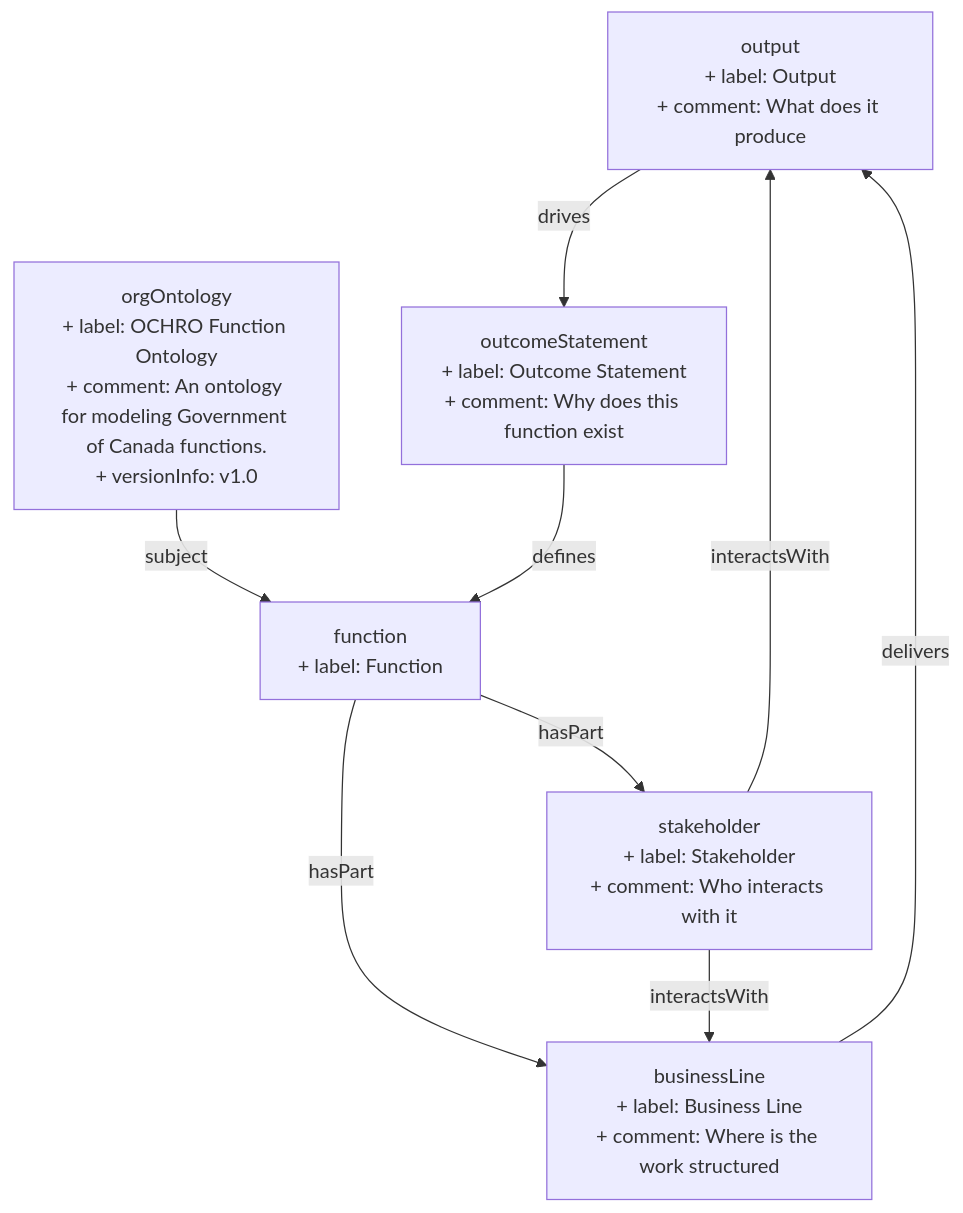
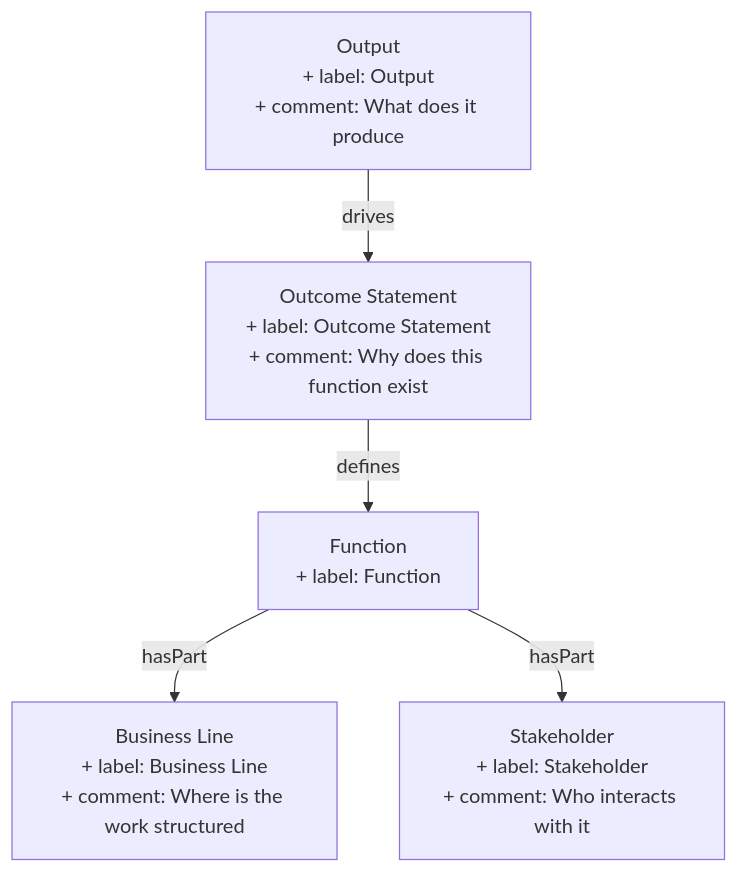
The diagram in content/output.md (heidingaway/heidi2), drawn with Mermaid before and after one commit. The commit also changed other lines of this file and 140 other files, not shown here.

````diff
--- a/content/output.md
+++ b/content/output.md
@@ -22,17 +28,12 @@
 ```mermaid
 graph TD
-  output["output<br>+ label: Output<br>+ comment: What does it produce"]:::current-page-node
-  outcomeStatement["outcomeStatement<br>+ label: Outcome Statement<br>+ comment: Why does this function exist"]
-  stakeholder["stakeholder<br>+ label: Stakeholder<br>+ comment: Who interacts with it"]
-  businessLine["businessLine<br>+ label: Business Line<br>+ comment: Where is the work structured"]
-  function["function<br>+ label: Function"]
-  orgOntology["orgOntology<br>+ label: OCHRO Function Ontology<br>+ comment: An ontology for modeling Government of Canada functions.<br>+ versionInfo: v1.0"]
-  orgOntology-->|" subject "|function
-  businessLine-->|" delivers "|output
-  output-->|" drives "|outcomeStatement
-  function-->|" hasPart "|businessLine
-  stakeholder-->|" interactsWith "|output
-  stakeholder-->|" interactsWith "|businessLine
-  outcomeStatement-->|" defines "|function
-  function-->|" hasPart "|stakeholder
+  Output["Output<br>+ label: Output<br>+ comment: What does it produce"]:::current-page-node
+  Outcome_Statement["Outcome Statement<br>+ label: Outcome Statement<br>+ comment: Why does this function exist"]
+  Function["Function<br>+ label: Function"]
+  Stakeholder["Stakeholder<br>+ label: Stakeholder<br>+ comment: Who interacts with it"]
+  Business_Line["Business Line<br>+ label: Business Line<br>+ comment: Where is the work structured"]
+  Function-->|" hasPart "|Business_Line
+  Outcome_Statement-->|" defines "|Function
+  Function-->|" hasPart "|Stakeholder
+  Output-->|" drives "|Outcome_Statement
 ```
````
